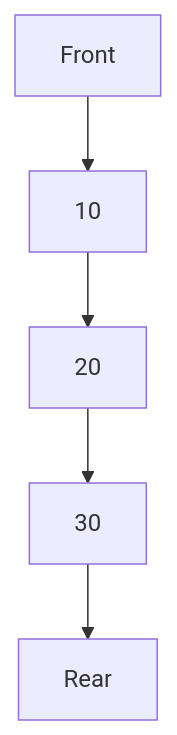
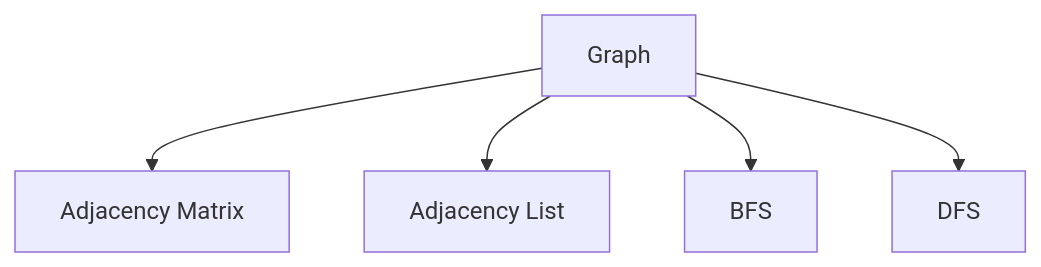
Before and after one commit to SHYAM-001/DataStructures: the tenth of 11 diagrams in README.md, drawn with Mermaid. The commit also changed other lines of this file, not shown here.

````diff
--- a/README.md
+++ b/README.md
@@ -287,7 +513,7 @@
 ```mermaid
-graph TD;
-    A[Front] --> B[10]
-    B --> C[20]
-    C --> D[30]
-    D --> E[Rear]
+graph TD
+    A[Graph] --> B[Adjacency Matrix]
+    A --> C[Adjacency List]
+    A --> D[BFS]
+    A --> E[DFS]
 ```
````
